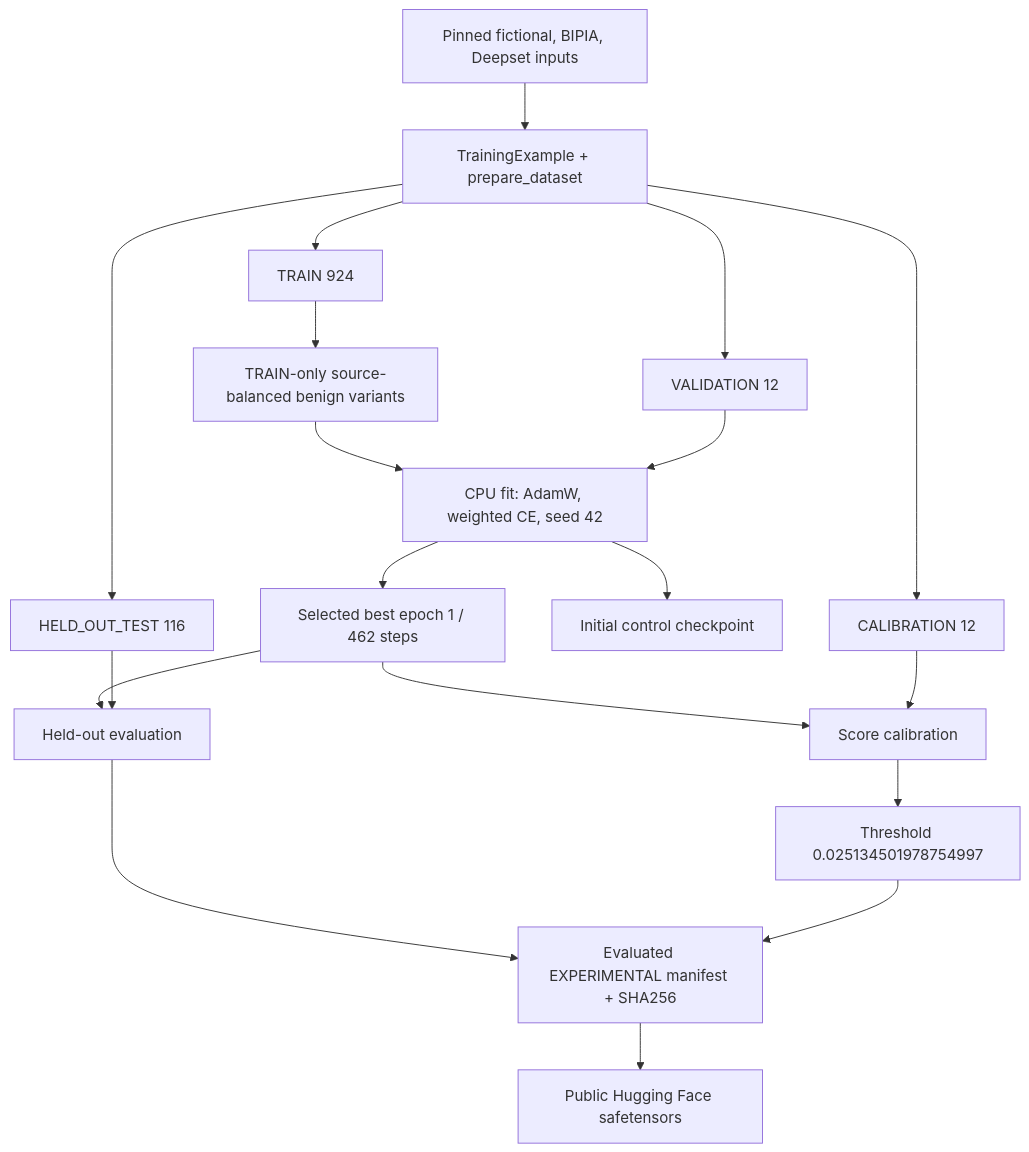
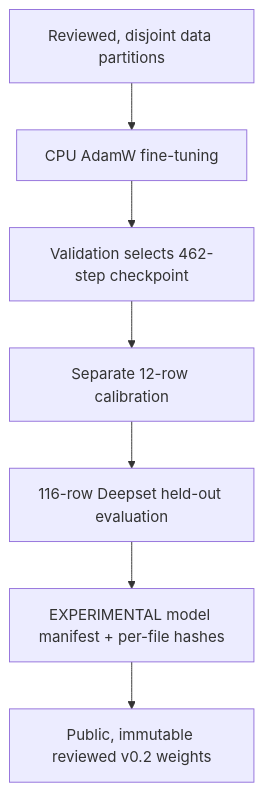
One commit to namelessweakl1ng/kjnlae changed the ninth of 10 diagrams in CODEBASE.md. Above: the diagram before and after it, drawn with Mermaid. The commit also changed other lines of this file, not shown here.

Commit message:
docs: preserve detailed codebase deep dive, rebase architecture on 0.3 SDK and UI

````diff
--- a/CODEBASE.md
+++ b/CODEBASE.md
@@ -2944,21 +1790,9 @@
 ```mermaid
 flowchart TD
-  Sources["Pinned fictional, BIPIA, Deepset inputs"] --> Prepare["TrainingExample + prepare_dataset"]
-  Prepare --> Train["TRAIN 924"]
-  Prepare --> Val["VALIDATION 12"]
-  Prepare --> Cal["CALIBRATION 12"]
-  Prepare --> Held["HELD_OUT_TEST 116"]
-  Train --> Aug["TRAIN-only source-balanced benign variants"]
-  Aug --> Fit["CPU fit: AdamW, weighted CE, seed 42"]
-  Val --> Fit
-  Fit --> Initial["Initial control checkpoint"]
-  Fit --> Best["Selected best epoch 1 / 462 steps"]
-  Best --> ScoreCal["Score calibration"]
-  Cal --> ScoreCal
-  ScoreCal --> Threshold["Threshold 0.025134501978754997"]
-  Best --> Eval["Held-out evaluation"]
-  Held --> Eval
-  Eval --> Manifest["Evaluated EXPERIMENTAL manifest + SHA256"]
-  Threshold --> Manifest
-  Manifest --> Hub["Public Hugging Face safetensors"]
+  Data["Reviewed, disjoint data partitions"] --> Train["CPU AdamW fine-tuning"]
+  Train --> Best["Validation selects 462-step checkpoint"]
+  Best --> Calibration["Separate 12-row calibration"]
+  Calibration --> Eval["116-row Deepset held-out evaluation"]
+  Eval --> Manifest["EXPERIMENTAL model manifest + per-file hashes"]
+  Manifest --> Hub["Public, immutable reviewed v0.2 weights"]
 ```
````
